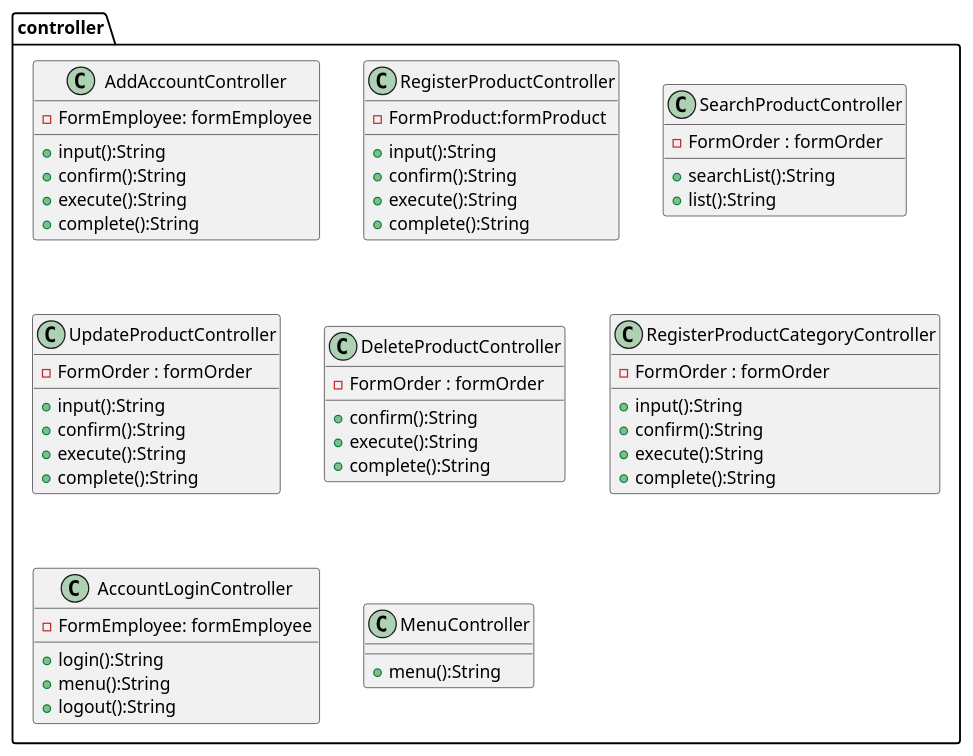
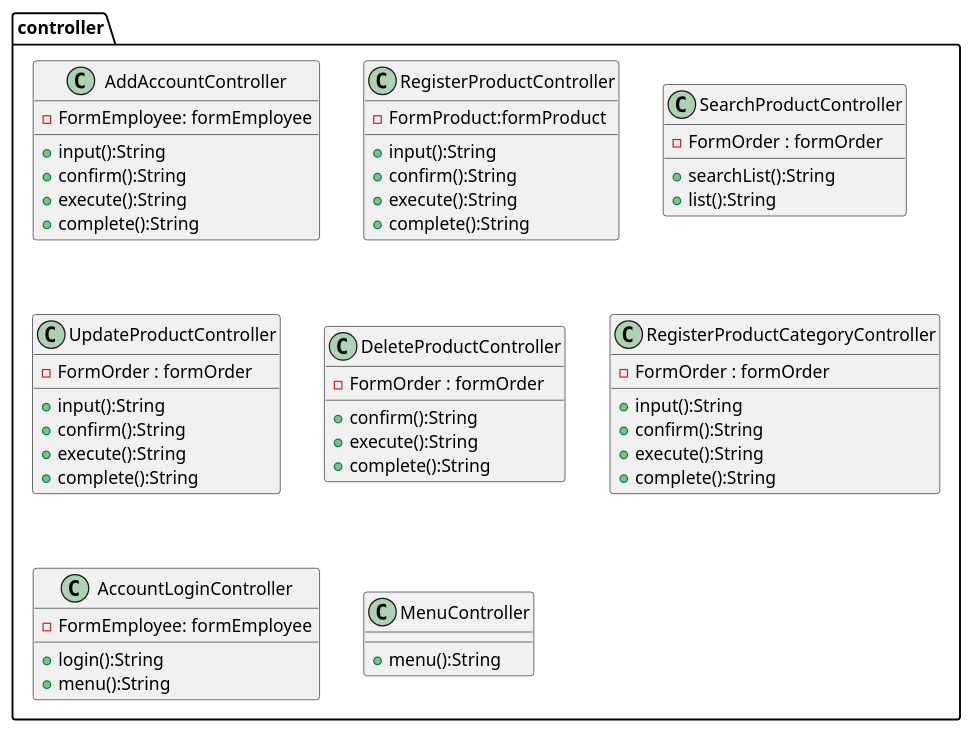
The diagram in plan/uml/class/controller.plantuml (kanavii3333/ec-b), drawn with PlantUML before and after one commit. The commit also changed 3 other files, not shown here.

```diff
--- a/plan/uml/class/controller.plantuml
+++ b/plan/uml/class/controller.plantuml
@@ -1,58 +1,57 @@
 package controller{
     class AddAccountController{
         -FormEmployee: formEmployee
         + input():String
         + confirm():String
         + execute():String
     	+ complete():String
         
     }
     class RegisterProductController{
     	- FormProduct:formProduct
         + input():String
         + confirm():String
         + execute():String
     	+ complete():String
     }
     class SearchProductController{
     	- FormOrder : formOrder
     	+ searchList():String
     	+ list():String
       
         
     }
     class UpdateProductController{
         - FormOrder : formOrder
      	+ input():String
         + confirm():String
         + execute():String
     	+ complete():String
         
     }
     class DeleteProductController{
     	- FormOrder : formOrder
         + confirm():String
         + execute():String
     	+ complete():String
     }
     class RegisterProductCategoryController{
         - FormOrder : formOrder
         + input():String
         + confirm():String
         + execute():String
     	+ complete():String
     }
     class AccountLoginController{
         -FormEmployee: formEmployee
         + login():String
         + menu():String
-        + logout():String
     }
     class MenuController{
         + menu():String
     
 }
 
  
 
 }
```
